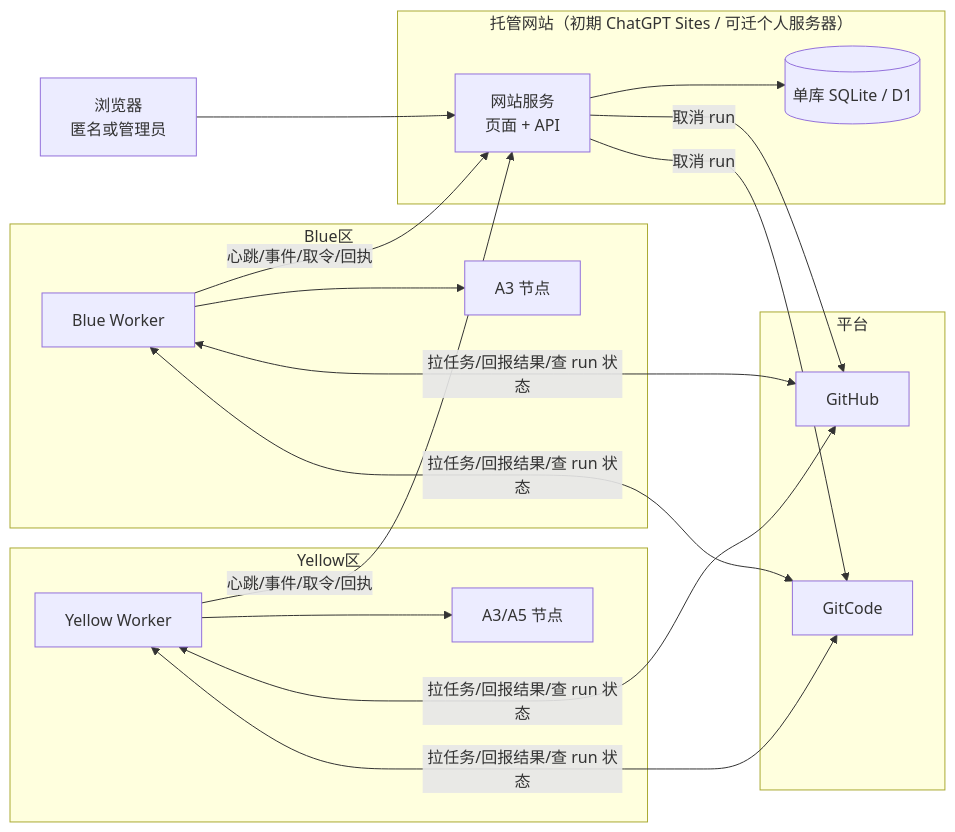
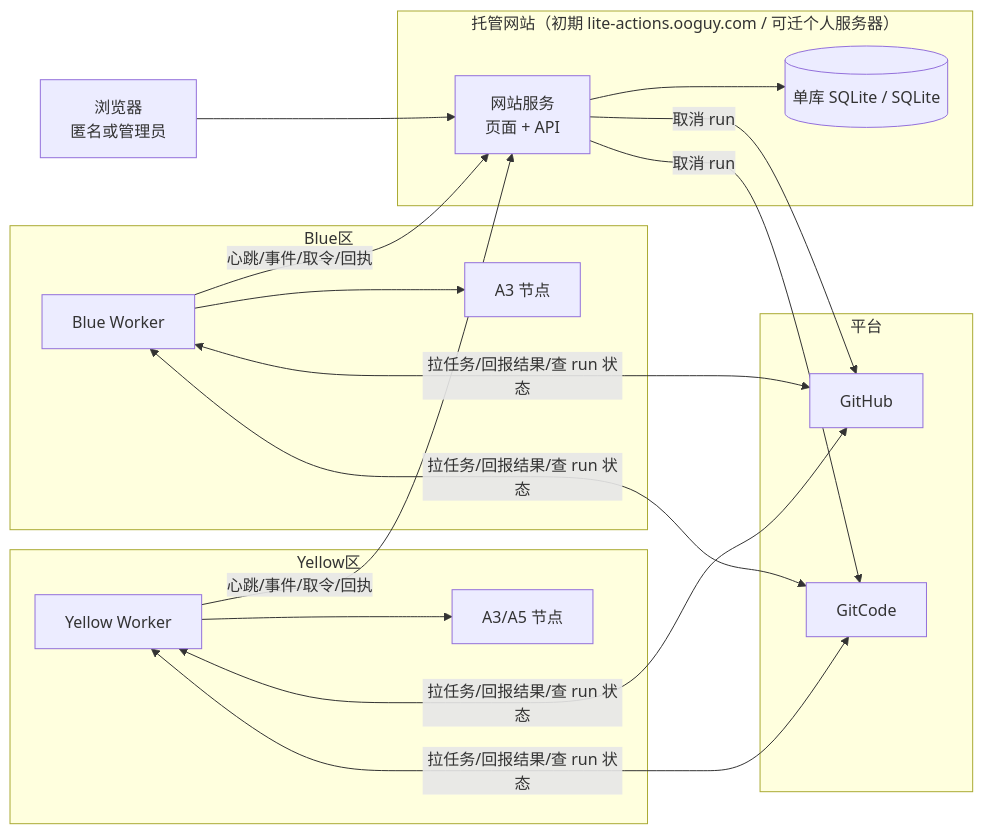
Before and after one commit to depeng1994/lite-actions: the first of 9 diagrams in control-center/docs/PRD.md, drawn with Mermaid. The commit also changed other lines of this file and 45 other files, not shown here.

````diff
--- a/control-center/docs/PRD.md
+++ b/control-center/docs/PRD.md
@@ -34,25 +34,25 @@
 ```mermaid
 flowchart LR
     subgraph 平台
         GH[GitHub]
         GC[GitCode]
     end
     subgraph Blue区
         WB[Blue Worker] --> NB[A3 节点]
     end
     subgraph Yellow区
         WY[Yellow Worker] --> NY[A3/A5 节点]
     end
-    subgraph 托管网站["托管网站（初期 ChatGPT Sites / 可迁个人服务器）"]
-        S[网站服务<br/>页面 + API] --> D[(单库 SQLite / D1)]
+    subgraph 托管网站["托管网站（初期 lite-actions.ooguy.com / 可迁个人服务器）"]
+        S[网站服务<br/>页面 + API] --> D[(单库 SQLite / SQLite)]
     end
     WB <-->|拉任务/回报结果/查 run 状态| GH
     WB <-->|拉任务/回报结果/查 run 状态| GC
     WY <-->|拉任务/回报结果/查 run 状态| GH
     WY <-->|拉任务/回报结果/查 run 状态| GC
     WB -->|心跳/事件/取令/回执| S
     WY -->|心跳/事件/取令/回执| S
     S -->|取消 run| GH
     S -->|取消 run| GC
     U[浏览器<br/>匿名或管理员] --> S
 ```
````
